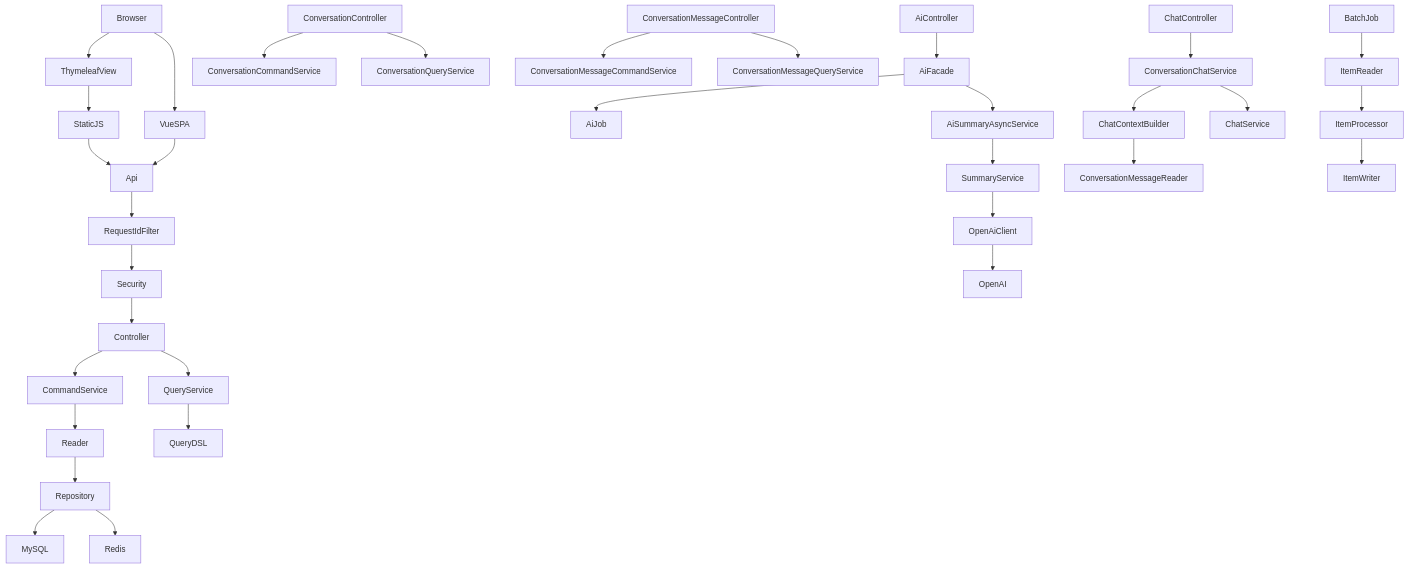
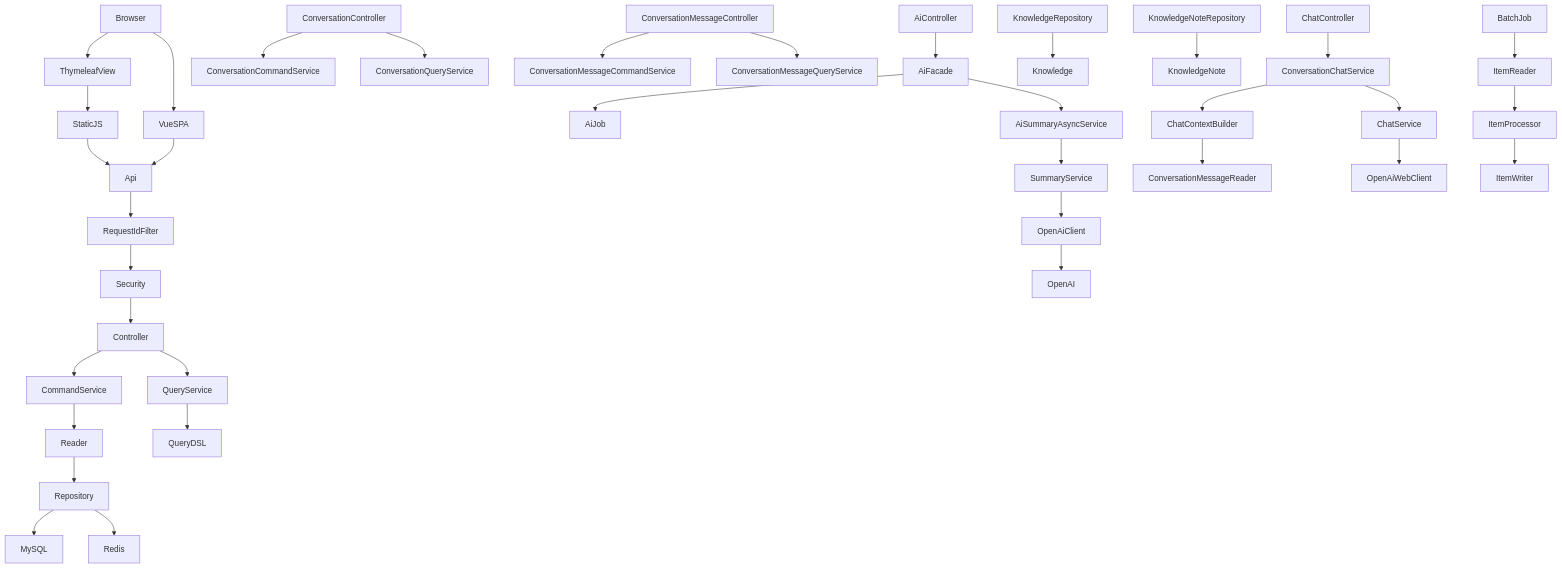
Before and after one commit to keunoh/feldbuch: the second of 6 diagrams in docs/FELDBUCH_DEVELOPMENT_DOCUMENTATION.md, drawn with Mermaid. The commit also changed other lines of this file and 3 other files, not shown here.

First line of the commit message:
docs: 학습 노트 증류 로드맵과 ERD 문서화

````diff
--- a/docs/FELDBUCH_DEVELOPMENT_DOCUMENTATION.md
+++ b/docs/FELDBUCH_DEVELOPMENT_DOCUMENTATION.md
@@ -292,43 +338,47 @@
 ```mermaid
 flowchart TD
     Browser --> ThymeleafView
     Browser --> VueSPA
 
     ThymeleafView --> StaticJS
     StaticJS --> Api
     VueSPA --> Api
 
     Api --> RequestIdFilter
     RequestIdFilter --> Security
     Security --> Controller
 
     Controller --> CommandService
     Controller --> QueryService
 
     CommandService --> Reader
     QueryService --> QueryDSL
 
     Reader --> Repository
     Repository --> MySQL
     Repository --> Redis
 
     AiController --> AiFacade
     AiFacade --> AiJob
     AiFacade --> AiSummaryAsyncService
     AiSummaryAsyncService --> SummaryService
     SummaryService --> OpenAiClient
     OpenAiClient --> OpenAI
 
     ConversationController --> ConversationCommandService
     ConversationController --> ConversationQueryService
     ConversationMessageController --> ConversationMessageCommandService
     ConversationMessageController --> ConversationMessageQueryService
     ChatController --> ConversationChatService
     ConversationChatService --> ChatContextBuilder
     ChatContextBuilder --> ConversationMessageReader
     ConversationChatService --> ChatService
+    ChatService --> OpenAiWebClient
+
+    KnowledgeRepository --> Knowledge
+    KnowledgeNoteRepository --> KnowledgeNote
 
     BatchJob --> ItemReader
     ItemReader --> ItemProcessor
     ItemProcessor --> ItemWriter
 ```
````
